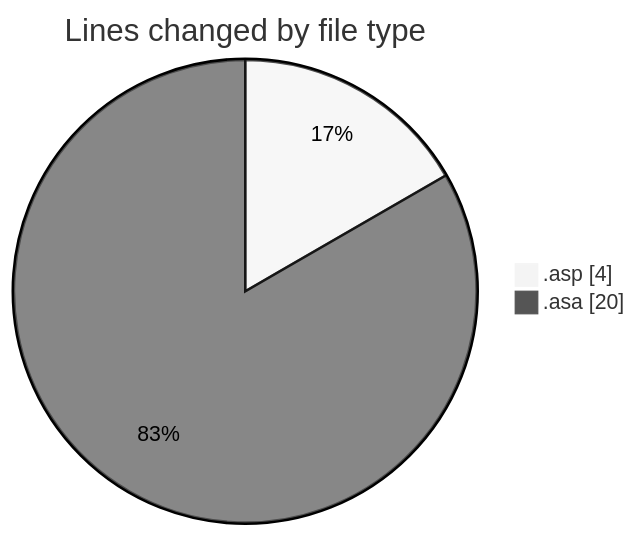
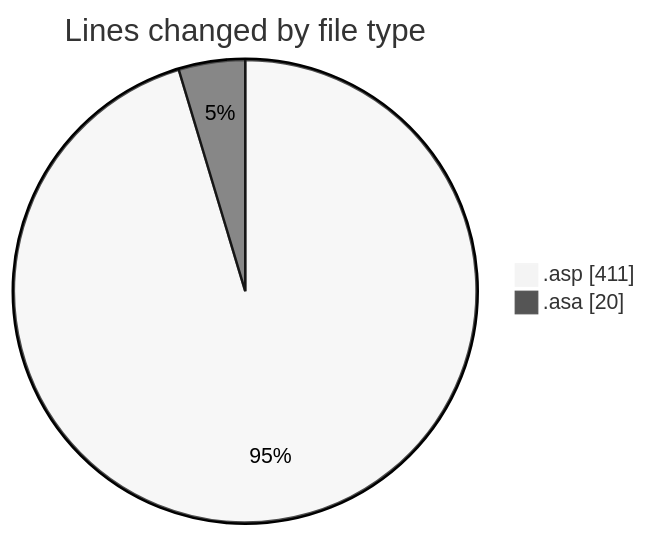
Before and after one commit to julien-gomy/code-tracking: the first of 2 diagrams in 2025-11-06/cdp_aleoudev_fr__workspace_/README.md, drawn with Mermaid (neutral theme). The commit also changed other lines of this file and 1 other file, not shown here.

````diff
--- a/2025-11-06/cdp_aleoudev_fr__workspace_/README.md
+++ b/2025-11-06/cdp_aleoudev_fr__workspace_/README.md
@@ -21,6 +22,6 @@
 ```mermaid
 pie showData
 title Lines changed by file type
-".asp" : 4
+".asp" : 411
 ".asa" : 20
 ```
````
